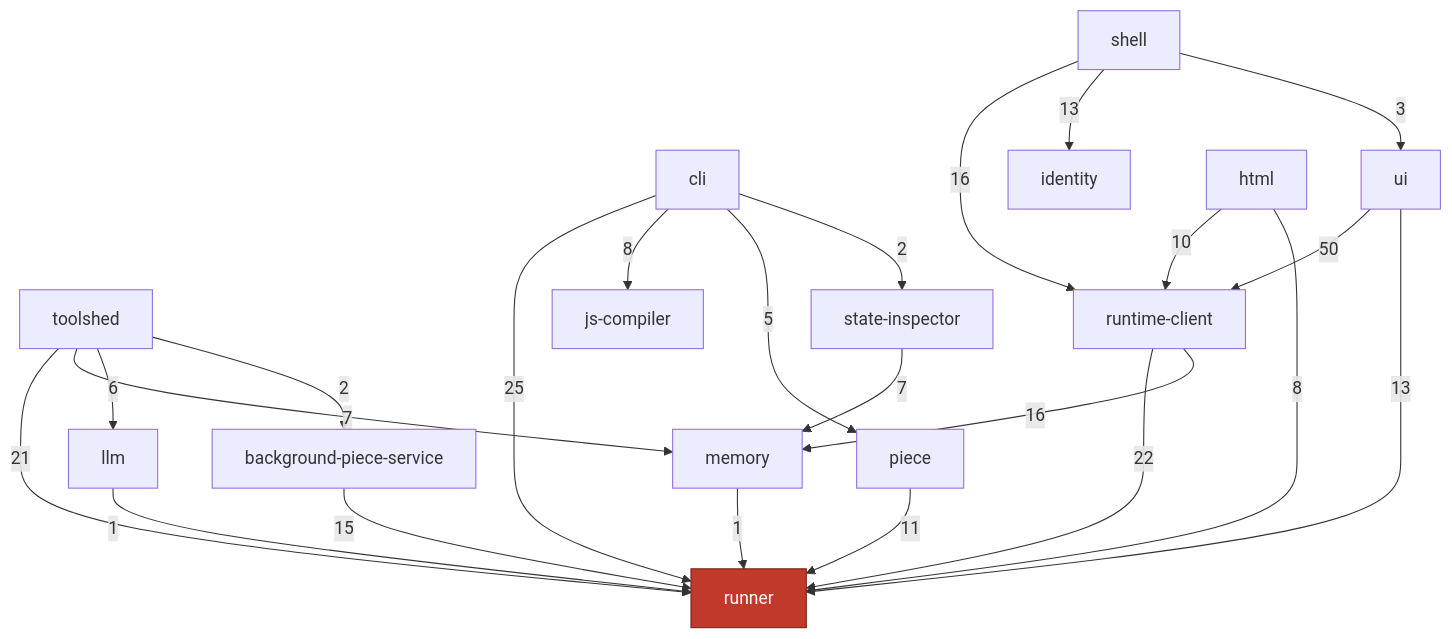
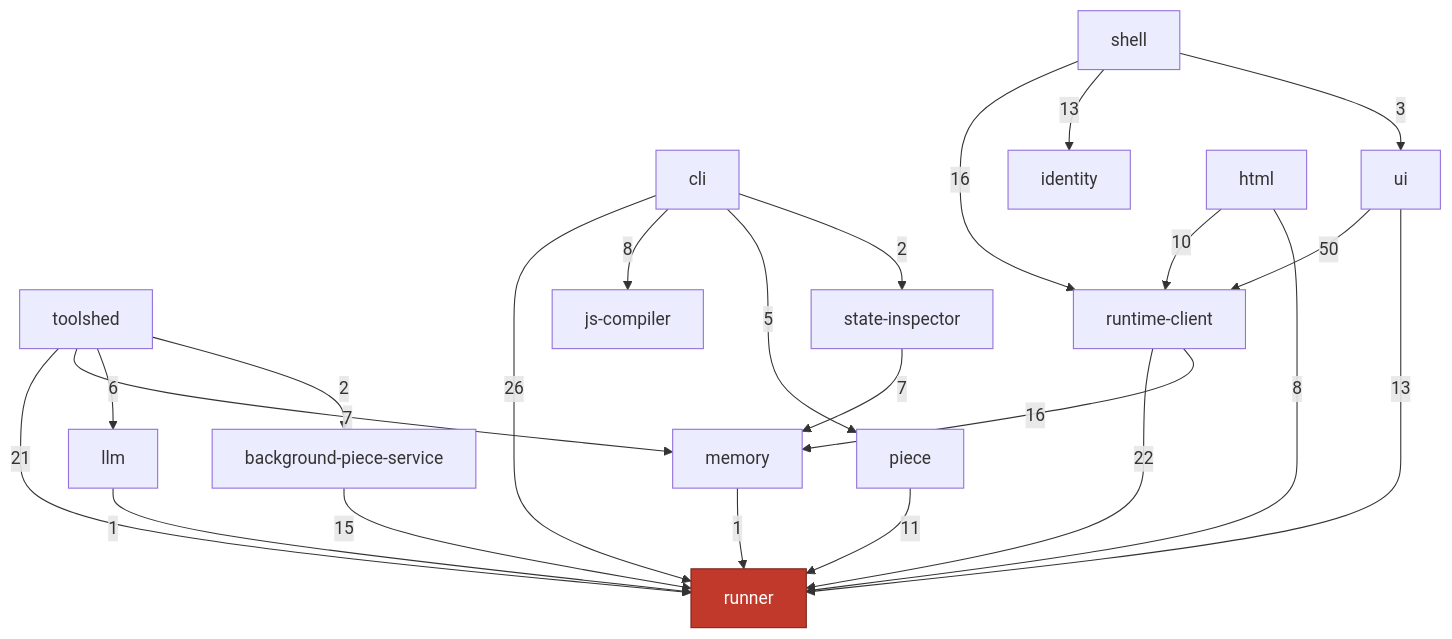
One commit to commontoolsinc/labs changed the second of 3 diagrams in docs/development/orientation/dependency-graph.md. Above: the diagram before and after it, drawn with Mermaid. The commit also changed other lines of this file and 5 other files, not shown here.

````diff
--- a/docs/development/orientation/dependency-graph.md
+++ b/docs/development/orientation/dependency-graph.md
@@ -82,28 +82,28 @@
 ```mermaid
 flowchart TD
     classDef hub fill:#c0392b,stroke:#7b241c,color:#fff
     runner["runner"]:::hub
 
     toolshed["toolshed"] -->|21| runner
     toolshed -->|7| memory["memory"]
     toolshed -->|6| llm["llm"]
     toolshed -->|2| bcs["background-piece-service"]
-    cli["cli"] -->|25| runner
+    cli["cli"] -->|26| runner
     cli -->|8| jsc["js-compiler"]
     cli -->|5| piece["piece"]
     cli -->|2| sinsp["state-inspector"]
     sinsp -->|7| memory
     rtc["runtime-client"] -->|22| runner
     rtc -->|16| memory
     ui["ui"] -->|50| rtc
     ui -->|13| runner
     shell["shell"] -->|16| rtc
     shell -->|13| identity["identity"]
     shell -->|3| ui
     html["html"] -->|10| rtc
     html -->|8| runner
     piece -->|11| runner
     bcs -->|15| runner
     memory -->|1| runner
     llm -->|1| runner
 ```
````
